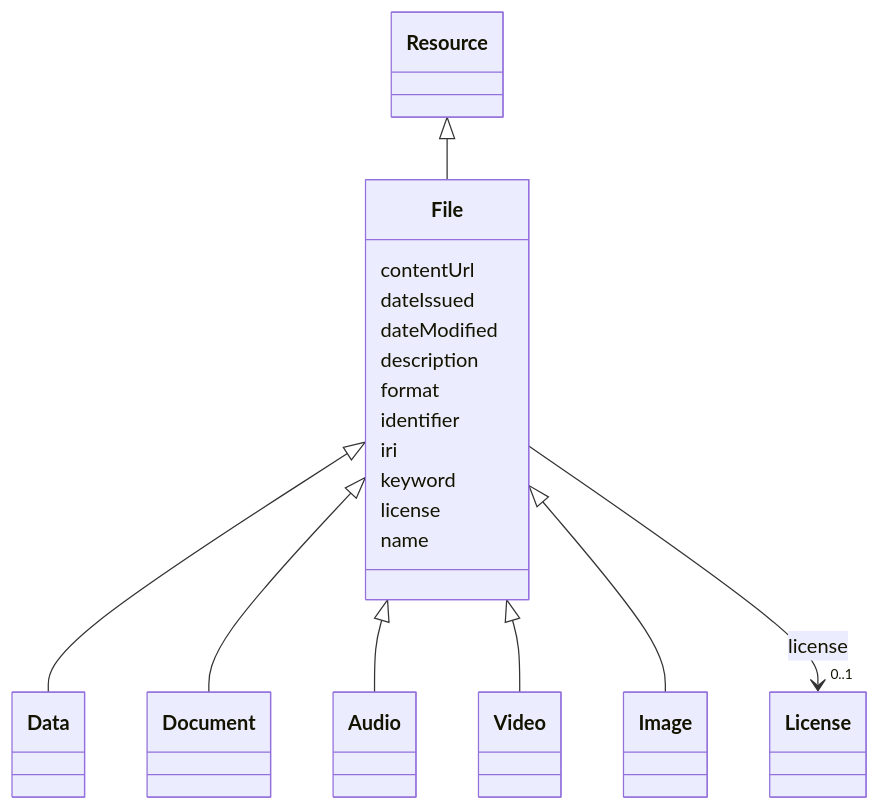
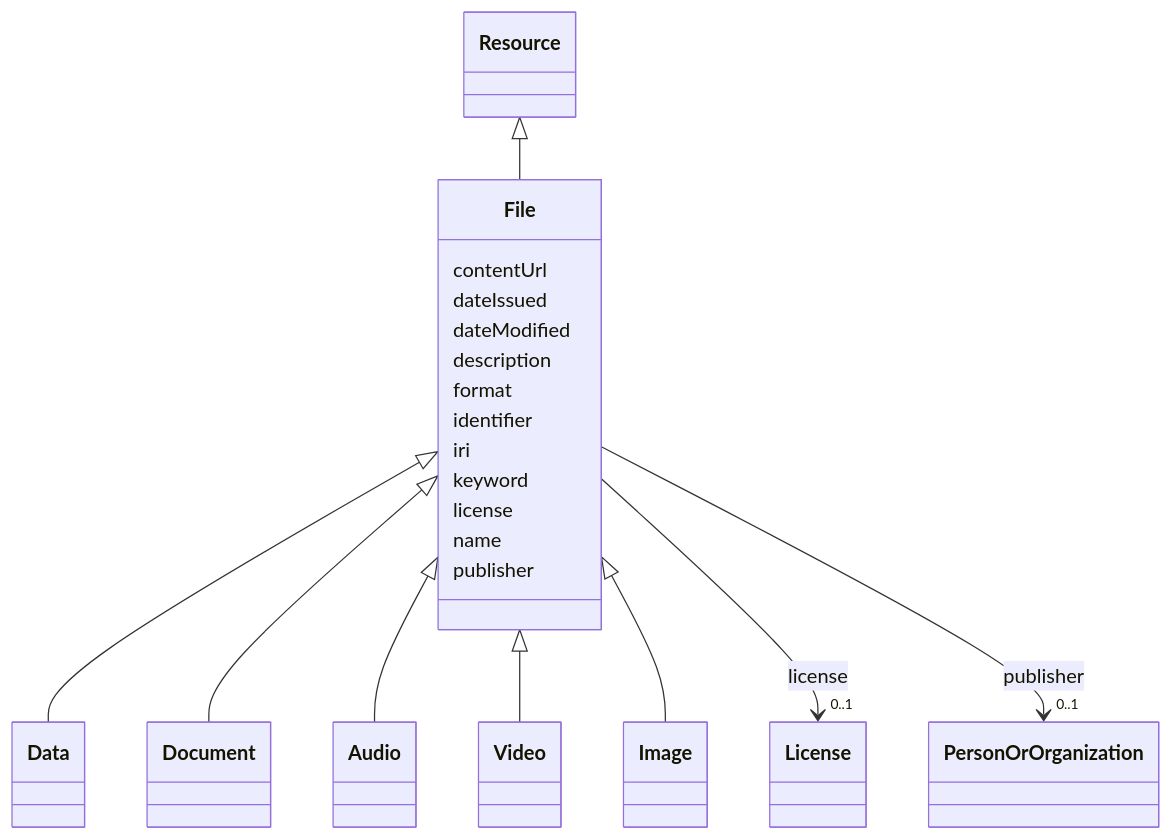
One commit to EVORA-project/evora-ontology changed the diagram in models/docs/File.md. Above: the diagram before and after it, drawn with Mermaid. The commit also changed other lines of this file and 468 other files, not shown here.

````diff
--- a/models/docs/File.md
+++ b/models/docs/File.md
@@ -21,49 +21,58 @@
 ```mermaid
  classDiagram
     class File
     click File href "../File"
       Resource <|-- File
         click Resource href "../Resource"
       
 
       File <|-- Data
         click Data href "../Data"
       File <|-- Document
         click Document href "../Document"
       File <|-- Audio
         click Audio href "../Audio"
       File <|-- Video
         click Video href "../Video"
       File <|-- Image
         click Image href "../Image"
       
       
       File : contentUrl
         
       File : dateIssued
         
       File : dateModified
         
       File : description
         
       File : format
         
       File : identifier
         
       File : iri
         
       File : keyword
         
       File : license
         
           
     
     
     File --> "0..1" License : license
     click License href "../License"
 
         
       File : name
         
+      File : publisher
+        
+          
+    
+    
+    File --> "0..1" PersonOrOrganization : publisher
+    click PersonOrOrganization href "../PersonOrOrganization"
+
+        
       
 ```
````
